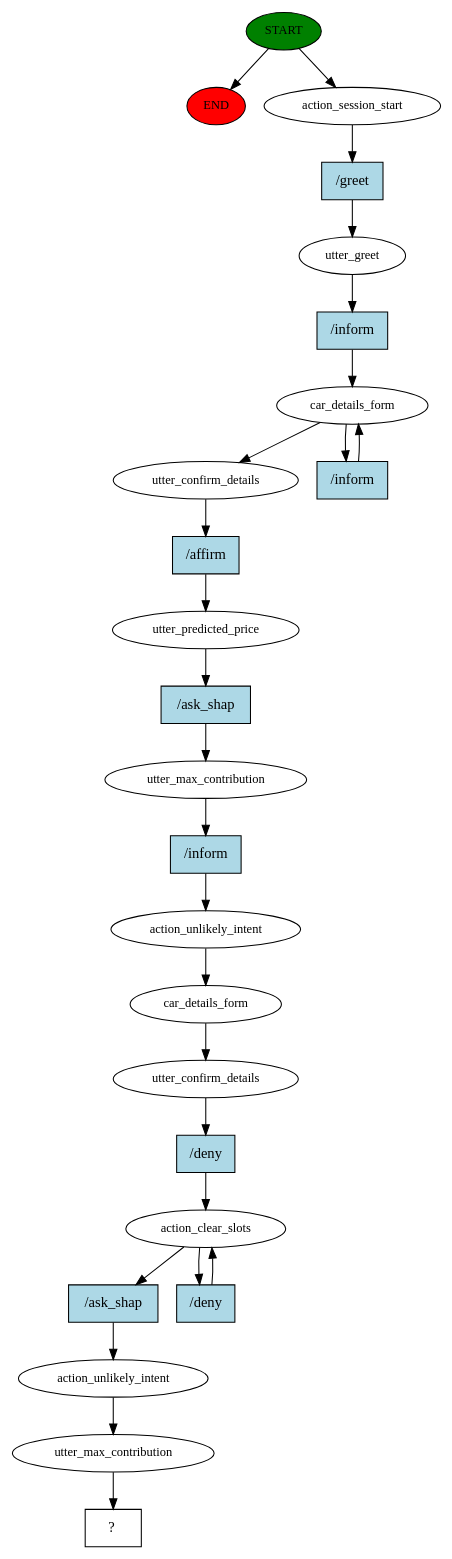
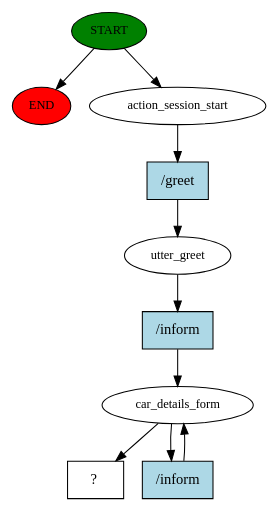
Before and after one commit to anandmk123/Chatbot: the diagram in story_graph.dot, drawn with Graphviz. The commit also changed 26 other files, not shown here.

```diff
--- a/story_graph.dot
+++ b/story_graph.dot
@@ -1,51 +1,20 @@
 digraph  {
 0 [class="start active", fillcolor=green, fontsize=12, label=START, style=filled];
 "-1" [class=end, fillcolor=red, fontsize=12, label=END, style=filled];
 1 [class=active, fontsize=12, label=action_session_start];
 2 [class=active, fontsize=12, label=utter_greet];
 3 [class=active, fontsize=12, label=car_details_form];
-12 [class=active, fontsize=12, label=utter_confirm_details];
-13 [class=active, fontsize=12, label=utter_predicted_price];
-14 [class=active, fontsize=12, label=utter_max_contribution];
-15 [class=active, fontsize=12, label=action_unlikely_intent];
-16 [class=active, fontsize=12, label=car_details_form];
-17 [class=active, fontsize=12, label=utter_confirm_details];
-18 [class=active, fontsize=12, label=action_clear_slots];
-20 [class=active, fontsize=12, label=action_unlikely_intent];
-21 [class=active, fontsize=12, label=utter_max_contribution];
-22 [class="intent dashed active", label="  ?  ", shape=rect];
-23 [class="intent active", fillcolor=lightblue, label="/greet", shape=rect, style=filled];
-24 [class="intent active", fillcolor=lightblue, label="/inform", shape=rect, style=filled];
-25 [class="intent active", fillcolor=lightblue, label="/inform", shape=rect, style=filled];
-26 [class="intent active", fillcolor=lightblue, label="/affirm", shape=rect, style=filled];
-27 [class="intent active", fillcolor=lightblue, label="/ask_shap", shape=rect, style=filled];
-28 [class="intent active", fillcolor=lightblue, label="/inform", shape=rect, style=filled];
-29 [class="intent active", fillcolor=lightblue, label="/deny", shape=rect, style=filled];
-30 [class="intent active", fillcolor=lightblue, label="/ask_shap", shape=rect, style=filled];
-31 [class="intent active", fillcolor=lightblue, label="/deny", shape=rect, style=filled];
+7 [class="intent dashed active", label="  ?  ", shape=rect];
+8 [class="intent active", fillcolor=lightblue, label="/greet", shape=rect, style=filled];
+9 [class="intent active", fillcolor=lightblue, label="/inform", shape=rect, style=filled];
+10 [class="intent active", fillcolor=lightblue, label="/inform", shape=rect, style=filled];
 0 -> "-1"  [class="", key=NONE, label=""];
 0 -> 1  [class=active, key=NONE, label=""];
-1 -> 23  [class=active, key=0];
-2 -> 24  [class=active, key=0];
-3 -> 12  [class=active, key=NONE, label=""];
-3 -> 25  [class=active, key=0];
-12 -> 26  [class=active, key=0];
-13 -> 27  [class=active, key=0];
-14 -> 28  [class=active, key=0];
-15 -> 16  [class=active, key=NONE, label=""];
-16 -> 17  [class=active, key=NONE, label=""];
-17 -> 29  [class=active, key=0];
-18 -> 30  [class=active, key=0];
-18 -> 31  [class=active, key=0];
-20 -> 21  [class=active, key=NONE, label=""];
-21 -> 22  [class=active, key=NONE, label=""];
-23 -> 2  [class=active, key=0];
-24 -> 3  [class=active, key=0];
-25 -> 3  [class=active, key=0];
-26 -> 13  [class=active, key=0];
-27 -> 14  [class=active, key=0];
-28 -> 15  [class=active, key=0];
-29 -> 18  [class=active, key=0];
-30 -> 20  [class=active, key=0];
-31 -> 18  [class=active, key=0];
+1 -> 8  [class=active, key=0];
+2 -> 9  [class=active, key=0];
+3 -> 7  [class=active, key=NONE, label=""];
+3 -> 10  [class=active, key=0];
+8 -> 2  [class=active, key=0];
+9 -> 3  [class=active, key=0];
+10 -> 3  [class=active, key=0];
 }
```
